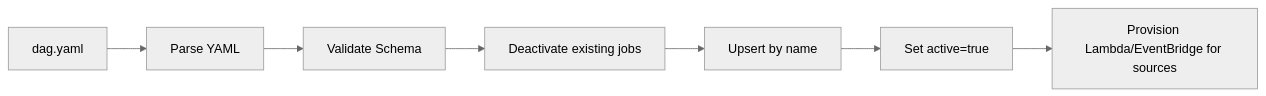
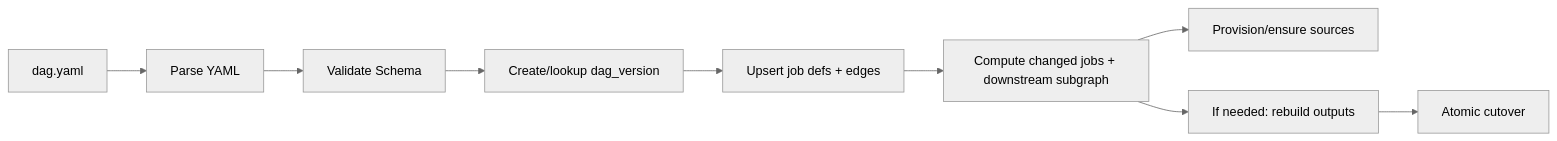
Before and after one commit to c7121/trace: the diagram in docs/architecture/dag_deployment.md, drawn with Mermaid (neutral theme). The commit also changed other lines of this file and 3 other files, not shown here.

````diff
--- a/docs/architecture/dag_deployment.md
+++ b/docs/architecture/dag_deployment.md
@@ -13,9 +13,11 @@
 ```mermaid
 flowchart LR
     YAML[dag.yaml] --> PARSE[Parse YAML]
     PARSE --> VALIDATE[Validate Schema]
-    VALIDATE --> DEACTIVATE[Deactivate existing jobs]
-    DEACTIVATE --> UPSERT[Upsert by name]
-    UPSERT --> ACTIVATE[Set active=true]
-    ACTIVATE --> PROVISION[Provision Lambda/EventBridge for sources]
+    VALIDATE --> VERSION[Create/lookup dag_version]
+    VERSION --> UPSERT[Upsert job defs + edges]
+    UPSERT --> DIFF[Compute changed jobs + downstream subgraph]
+    DIFF --> PROVISION[Provision/ensure sources]
+    DIFF --> REBUILD[If needed: rebuild outputs]
+    REBUILD --> CUTOVER[Atomic cutover]
 ```
````
